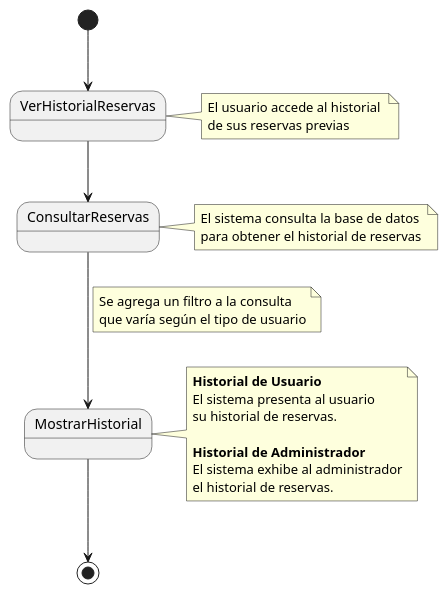
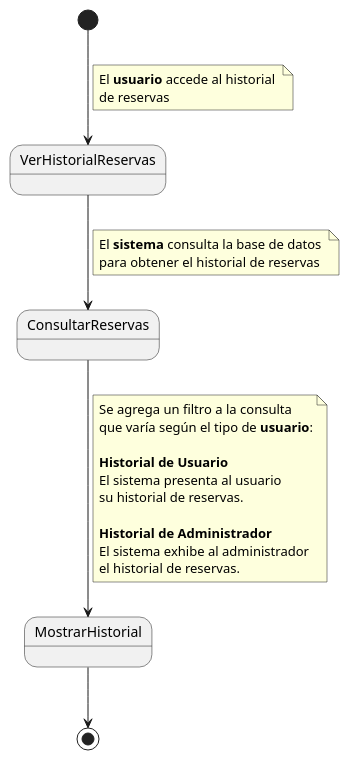
One commit to pablarce/23-24-IdSw1-SDR changed the diagram in CasosDeUso/CduDetallados/CduPagos/VerHistorialDePagos.puml. Above: the diagram before and after it, drawn with PlantUML. The commit also changed 1 other file, not shown here.

Commit message:
Cambios a CDU VerHistorialDePagos

```diff
--- a/CasosDeUso/CduDetallados/CduPagos/VerHistorialDePagos.puml
+++ b/CasosDeUso/CduDetallados/CduPagos/VerHistorialDePagos.puml
@@ -1,31 +1,30 @@
 @startuml
 
 [*] --> VerHistorialReservas
-note right of VerHistorialReservas
- El usuario accede al historial 
- de sus reservas previas
+note on link
+ El **usuario** accede al historial 
+ de reservas
 end note
 
 VerHistorialReservas --> ConsultarReservas
-note right of ConsultarReservas
- El sistema consulta la base de datos 
+note on link
+ El **sistema** consulta la base de datos 
  para obtener el historial de reservas
 end note
 
 ConsultarReservas --> MostrarHistorial
 note on link
 Se agrega un filtro a la consulta
-que varía según el tipo de usuario
-end note
-note right of MostrarHistorial
+que varía según el tipo de **usuario**:
+
 **Historial de Usuario**
 El sistema presenta al usuario 
 su historial de reservas.
 
 **Historial de Administrador**
 El sistema exhibe al administrador
 el historial de reservas.
 end note
 
 MostrarHistorial --> [*]
 @enduml
```
